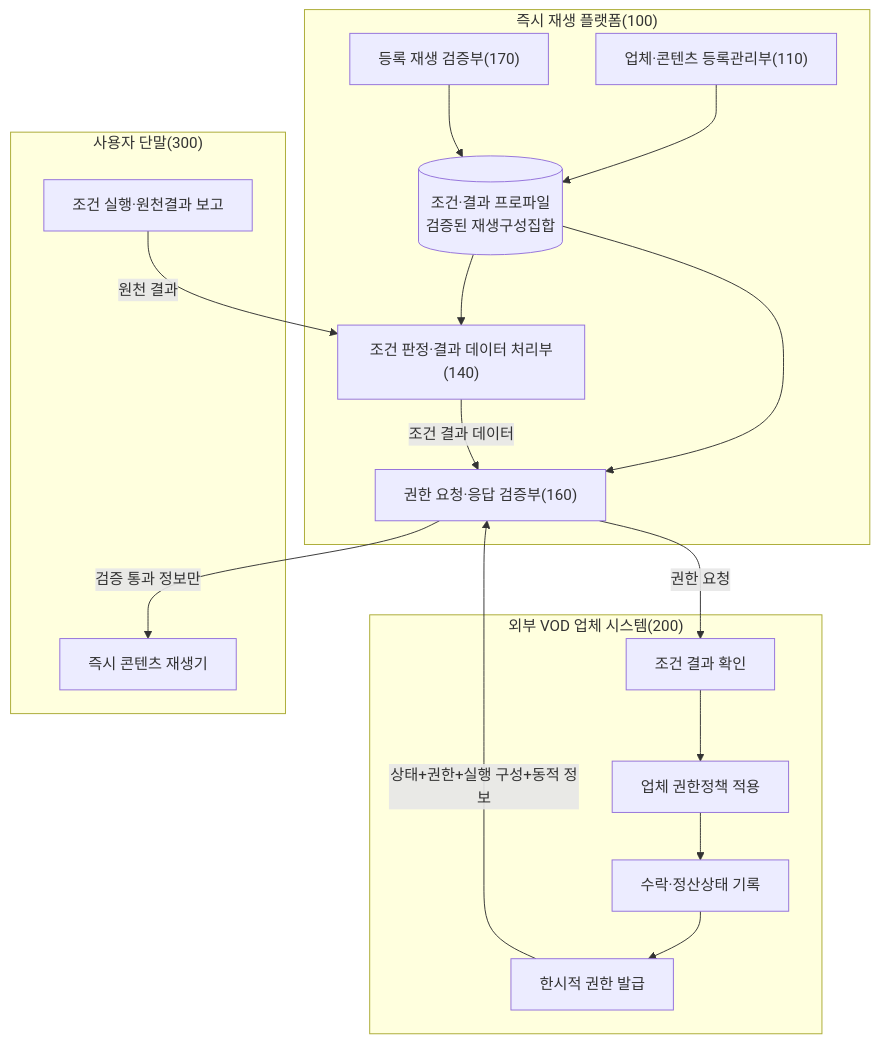
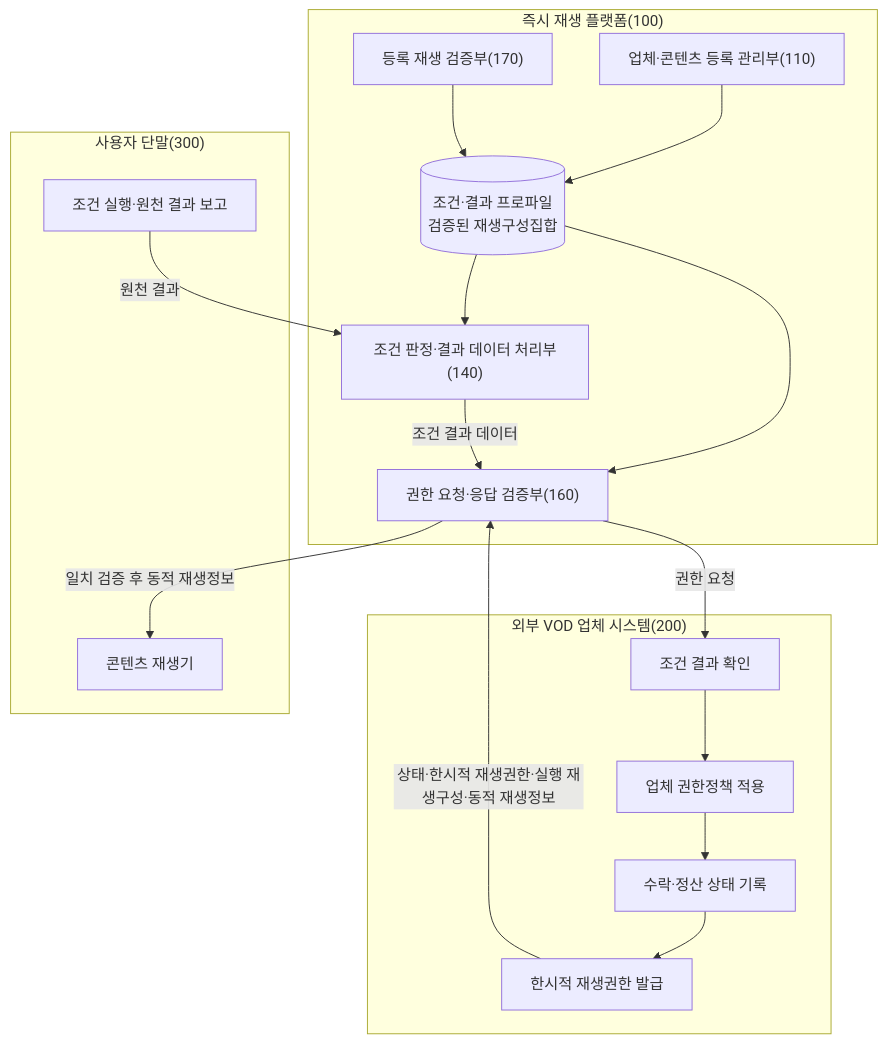
Diagram 11 of 14 in instant_play_직무발명서_개선본.md (growdai1y/instant-play), drawn with Mermaid before and after one commit. The commit also changed other lines of this file and 10 other files, not shown here.

````diff
--- a/instant_play_직무발명서_개선본.md
+++ b/instant_play_직무발명서_개선본.md
@@ -1431,33 +1438,33 @@
 ```mermaid
 flowchart TB
     subgraph P["즉시 재생 플랫폼(100)"]
-        R["업체·콘텐츠 등록관리부(110)"]
+        R["업체·콘텐츠 등록 관리부(110)"]
         C["조건 판정·결과 데이터 처리부(140)"]
         G["권한 요청·응답 검증부(160)"]
         V["등록 재생 검증부(170)"]
         S[("조건·결과 프로파일<br/>검증된 재생구성집합")]
         R --> S
         V --> S
         S --> C
         S --> G
     end
 
     subgraph O["외부 VOD 업체 시스템(200)"]
         O1["조건 결과 확인"]
         O2["업체 권한정책 적용"]
-        O3["수락·정산상태 기록"]
-        O4["한시적 권한 발급"]
+        O3["수락·정산 상태 기록"]
+        O4["한시적 재생권한 발급"]
         O1 --> O2 --> O3 --> O4
     end
 
     subgraph D["사용자 단말(300)"]
-        D1["조건 실행·원천결과 보고"]
-        D2["즉시 콘텐츠 재생기"]
+        D1["조건 실행·원천 결과 보고"]
+        D2["콘텐츠 재생기"]
     end
 
     D1 -->|"원천 결과"| C
     C -->|"조건 결과 데이터"| G
     G -->|"권한 요청"| O1
-    O4 -->|"상태+권한+실행 구성+동적 정보"| G
-    G -->|"검증 통과 정보만"| D2
+    O4 -->|"상태·한시적 재생권한·실행 재생구성·동적 재생정보"| G
+    G -->|"일치 검증 후 동적 재생정보"| D2
 ```
````
